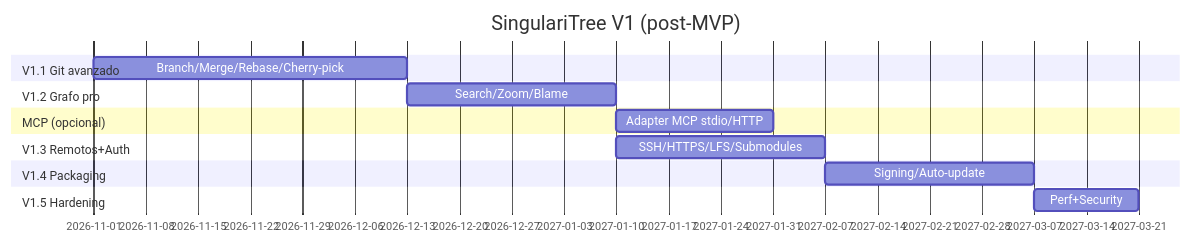
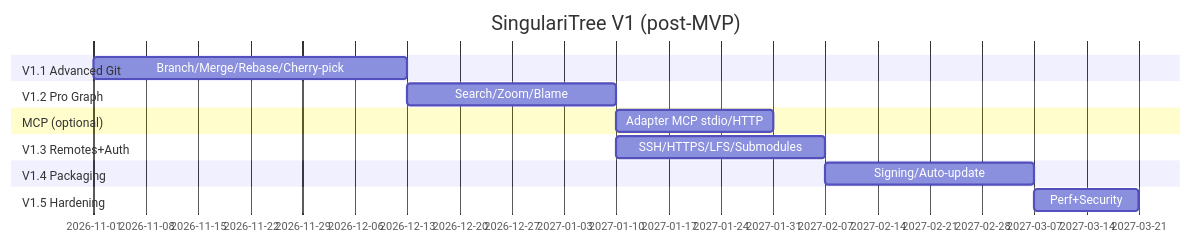
One commit to DaveR-ui/singulari-tree changed the diagram in docs/context/git-client/roadmap-v1.md. Above: the diagram before and after it, drawn with Mermaid. The commit also changed other lines of this file and 25 other files, not shown here.

````diff
--- a/docs/context/git-client/roadmap-v1.md
+++ b/docs/context/git-client/roadmap-v1.md
@@ -77,17 +77,17 @@
 ```mermaid
 gantt
   title SingulariTree V1 (post-MVP)
   dateFormat YYYY-MM-DD
-  section V1.1 Git avanzado
+  section V1.1 Advanced Git
     Branch/Merge/Rebase/Cherry-pick :a1, 2026-11-01, 6w
-  section V1.2 Grafo pro
+  section V1.2 Pro Graph
     Search/Zoom/Blame :a2, after a1, 4w
-  section MCP (opcional)
+  section MCP (optional)
     Adapter MCP stdio/HTTP :aM, after a2, 3w
-  section V1.3 Remotos+Auth
+  section V1.3 Remotes+Auth
     SSH/HTTPS/LFS/Submodules :a3, after a2, 4w
   section V1.4 Packaging
     Signing/Auto-update :a4, after a3, 4w
   section V1.5 Hardening
     Perf+Security :a5, after a4, 2w
 ```
````
